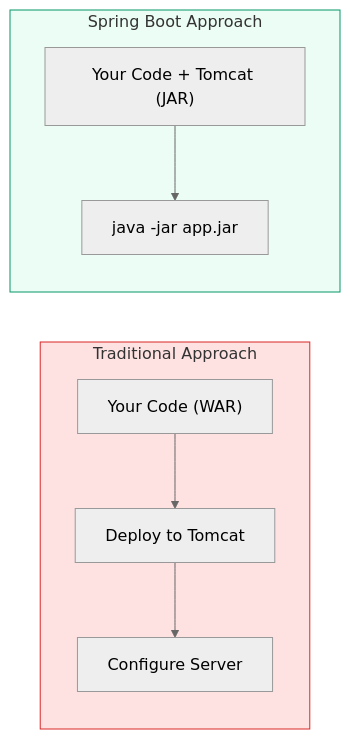
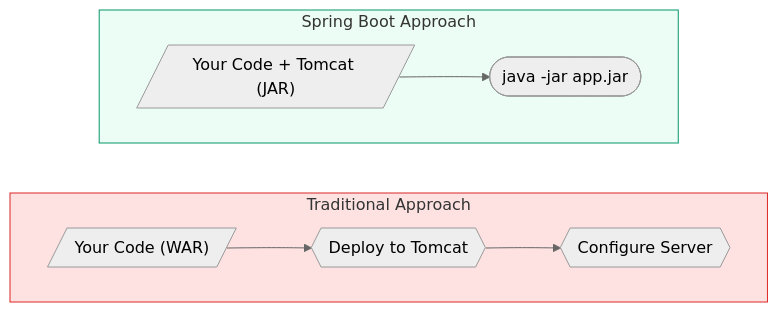
One commit to saivamsikaruturi/vamsilabs-dev-notes-main changed the fifth of 6 diagrams in docs/springboot/introduction.md. Above: the diagram before and after it, drawn with Mermaid (neutral theme). The commit also changed other lines of this file and 146 other files, not shown here.

Commit message:
Horizontal diagrams, UML class diagrams, typography overhaul, and permalink cleanup

````diff
--- a/docs/springboot/introduction.md
+++ b/docs/springboot/introduction.md
@@ -124,16 +198,16 @@
 ```mermaid
 flowchart LR
     subgraph Traditional["Traditional Approach"]
-        direction TB
-        A1["Your Code (WAR)"] --> A2["Deploy to Tomcat"]
-        A2 --> A3["Configure Server"]
+        direction LR
+        A1[/"Your Code (WAR)"/] --> A2{{"Deploy to Tomcat"}}
+        A2 --> A3{{"Configure Server"}}
     end
 
     subgraph SpringBoot["Spring Boot Approach"]
-        direction TB
-        B1["Your Code + Tomcat (JAR)"] --> B2["java -jar app.jar"]
+        direction LR
+        B1[/"Your Code + Tomcat (JAR)"/] --> B2(["java -jar app.jar"])
     end
 
     style Traditional fill:#FEE2E2,stroke:#DC2626
     style SpringBoot fill:#ECFDF5,stroke:#059669
 ```
````
